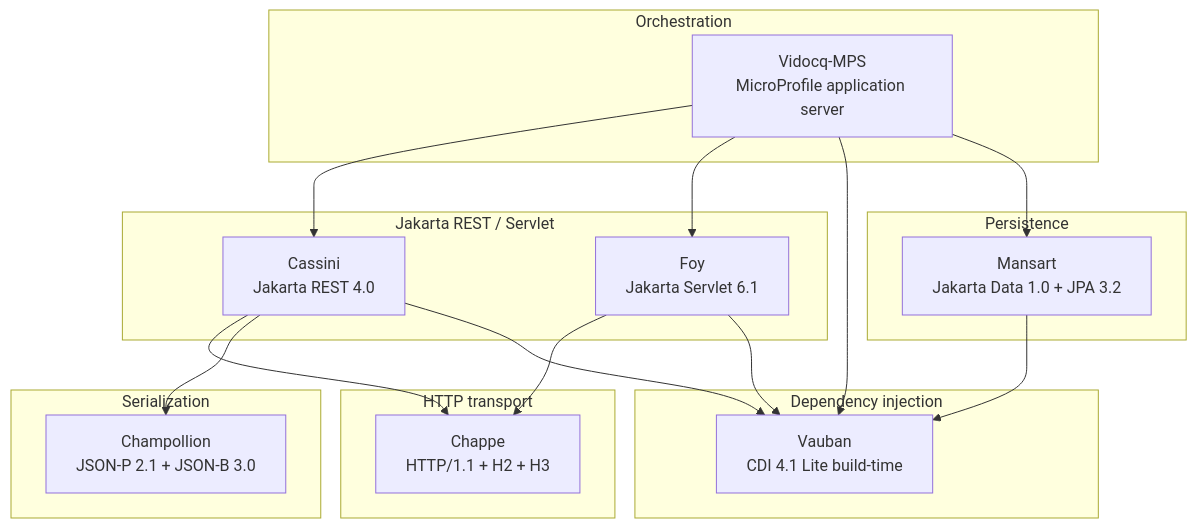
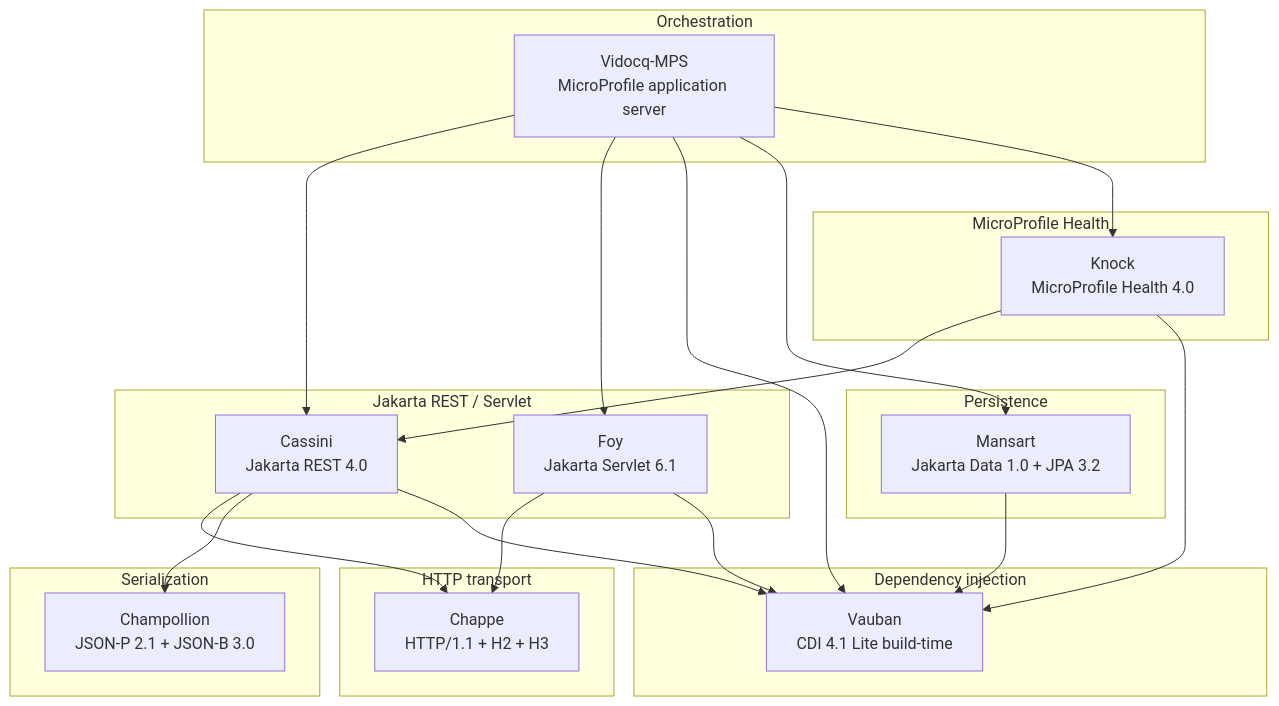
Before and after one commit to vidocq-stack/vidocq-docs: the diagram in content/home-en/modules/ROOT/pages/index.adoc, drawn with Mermaid. The commit also changed other lines of this file and 3 other files, not shown here.

Commit message:
docs: add Knock to Vidocq docs

```diff
--- a/content/home-en/modules/ROOT/pages/index.adoc
+++ b/content/home-en/modules/ROOT/pages/index.adoc
@@ -12,34 +12,40 @@
 [mermaid]
 ....
 flowchart TB
     subgraph Orchestration["Orchestration"]
         VIDOCQ[Vidocq-MPS<br/>MicroProfile application server]
     end
     subgraph REST["Jakarta REST / Servlet"]
         CASSINI[Cassini<br/>Jakarta REST 4.0]
         FOY[Foy<br/>Jakarta Servlet 6.1]
     end
     subgraph Serialization["Serialization"]
         CHAMPOLLION[Champollion<br/>JSON-P 2.1 + JSON-B 3.0]
     end
     subgraph DI["Dependency injection"]
         VAUBAN[Vauban<br/>CDI 4.1 Lite build-time]
     end
     subgraph Persistence["Persistence"]
         MANSART[Mansart<br/>Jakarta Data 1.0 + JPA 3.2]
     end
+    subgraph Health["MicroProfile Health"]
+        KNOCK[Knock<br/>MicroProfile Health 4.0]
+    end
     subgraph Transport["HTTP transport"]
         CHAPPE[Chappe<br/>HTTP/1.1 + H2 + H3]
     end
 
     VIDOCQ --> CASSINI
     VIDOCQ --> FOY
     VIDOCQ --> VAUBAN
     VIDOCQ --> MANSART
+    VIDOCQ --> KNOCK
     CASSINI --> CHAPPE
     CASSINI --> CHAMPOLLION
     CASSINI --> VAUBAN
+    KNOCK --> CASSINI
+    KNOCK --> VAUBAN
     FOY --> CHAPPE
     FOY --> VAUBAN
     MANSART --> VAUBAN
 ....
```
